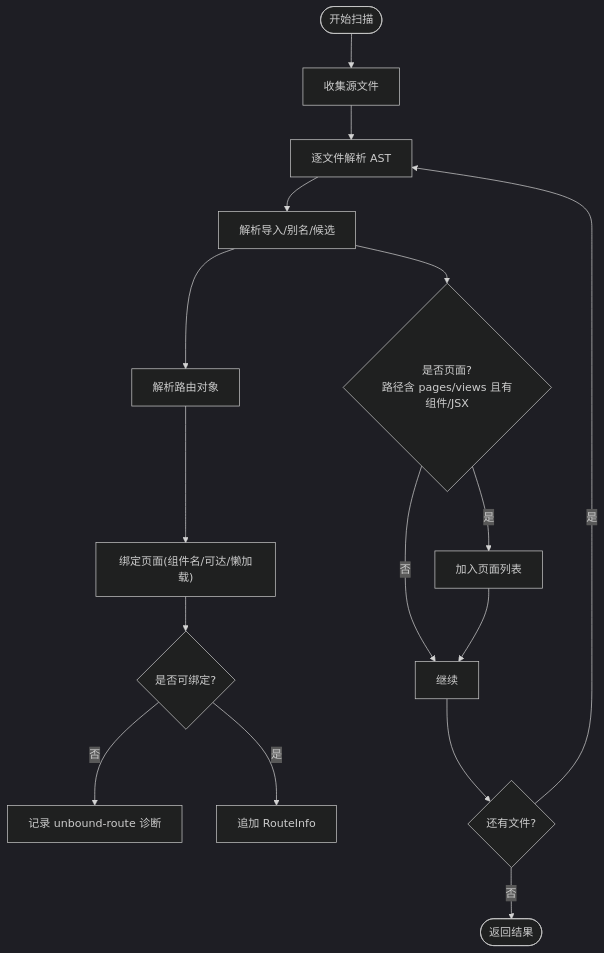
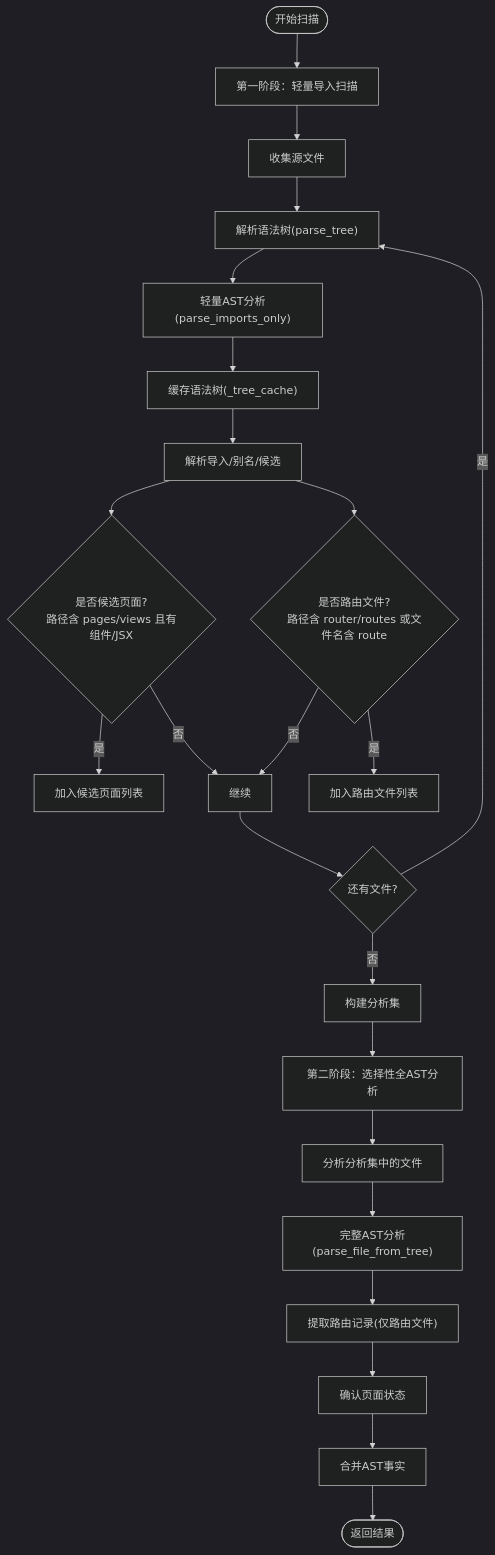
One commit to brand-new-remo/frontend-impact-analyzer changed the third of 6 diagrams in .qoder/repowiki/zh/content/核心功能/项目结构扫描.md. Above: the diagram before and after it, drawn with Mermaid (dark theme). The commit also changed other lines of this file and 8 other files, not shown here.

````diff
--- a/.qoder/repowiki/zh/content/核心功能/项目结构扫描.md
+++ b/.qoder/repowiki/zh/content/核心功能/项目结构扫描.md
@@ -175,18 +212,25 @@
 ```mermaid
 flowchart TD
-Start(["开始扫描"]) --> Collect["收集源文件"]
-Collect --> Parse["逐文件解析 AST"]
-Parse --> Resolve["解析导入/别名/候选"]
-Resolve --> PageCheck{"是否页面?<br/>路径含 pages/views 且有组件/JSX"}
-PageCheck --> |是| AddPage["加入页面列表"]
-PageCheck --> |否| Next["继续"]
-Resolve --> RouteParse["解析路由对象"]
-RouteParse --> Bind["绑定页面(组件名/可达/懒加载)"]
-Bind --> Diagnose{"是否可绑定?"}
-Diagnose --> |否| Emit["记录 unbound-route 诊断"]
-Diagnose --> |是| Append["追加 RouteInfo"]
-AddPage --> Next
-Next --> More{"还有文件?"}
-More --> |是| Parse
-More --> |否| Done(["返回结果"])
+Start(["开始扫描"]) --> Phase1["第一阶段：轻量导入扫描"]
+Phase1 --> Collect["收集源文件"]
+Collect --> ParseTree["解析语法树(parse_tree)"]
+ParseTree --> LightScan["轻量AST分析(parse_imports_only)"]
+LightScan --> CacheTree["缓存语法树(_tree_cache)"]
+CacheTree --> Resolve["解析导入/别名/候选"]
+Resolve --> PageCheck{"是否候选页面?<br/>路径含 pages/views 且有组件/JSX"}
+PageCheck --> |是| AddCandidate["加入候选页面列表"]
+PageCheck --> |否| Next1["继续"]
+Resolve --> RouteCheck{"是否路由文件?<br/>路径含 router/routes 或文件名含 route"}
+RouteCheck --> |是| AddRoute["加入路由文件列表"]
+RouteCheck --> |否| Next1
+Next1 --> More1{"还有文件?"}
+More1 --> |是| ParseTree
+More1 --> |否| BuildSet["构建分析集"]
+BuildSet --> Phase2["第二阶段：选择性全AST分析"]
+Phase2 --> AnalyzeSet["分析分析集中的文件"]
+AnalyzeSet --> ParseFull["完整AST分析(parse_file_from_tree)"]
+ParseFull --> ExtractRoutes["提取路由记录(仅路由文件)"]
+ExtractRoutes --> ConfirmPages["确认页面状态"]
+ConfirmPages --> MergeFacts["合并AST事实"]
+MergeFacts --> Done(["返回结果"])
 ```
````
